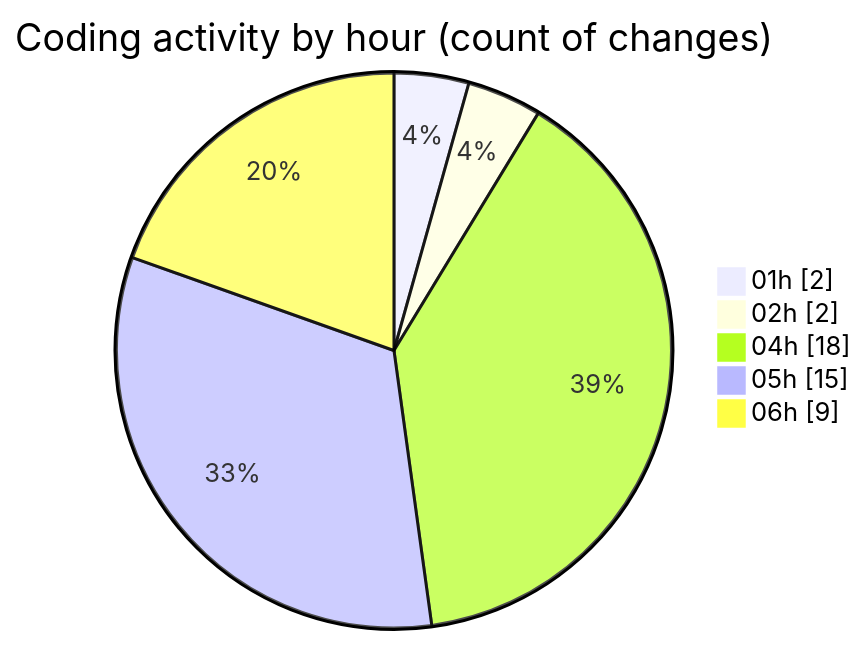
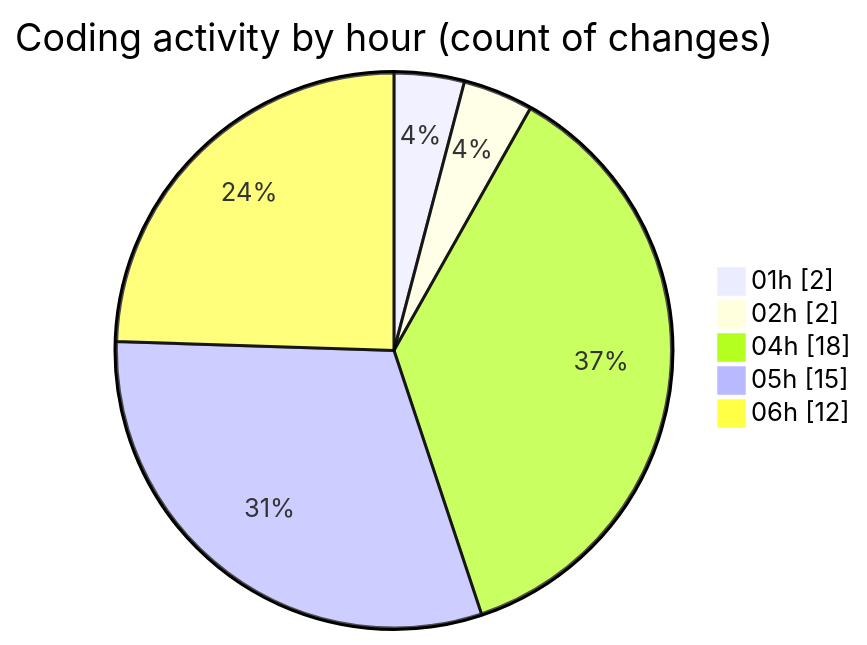
Before and after one commit to tmsrecording-cyber/code-tracking: the second of 2 diagrams in 2026-02-05/singularitybrainai/README.md, drawn with Mermaid. The commit also changed other lines of this file and 1 other file, not shown here.

````diff
--- a/2026-02-05/singularitybrainai/README.md
+++ b/2026-02-05/singularitybrainai/README.md
@@ -33,9 +34,9 @@
 ```mermaid
 pie showData
 title Coding activity by hour (count of changes)
 "01h" : 2
 "02h" : 2
 "04h" : 18
 "05h" : 15
-"06h" : 9
+"06h" : 12
 ```
````
